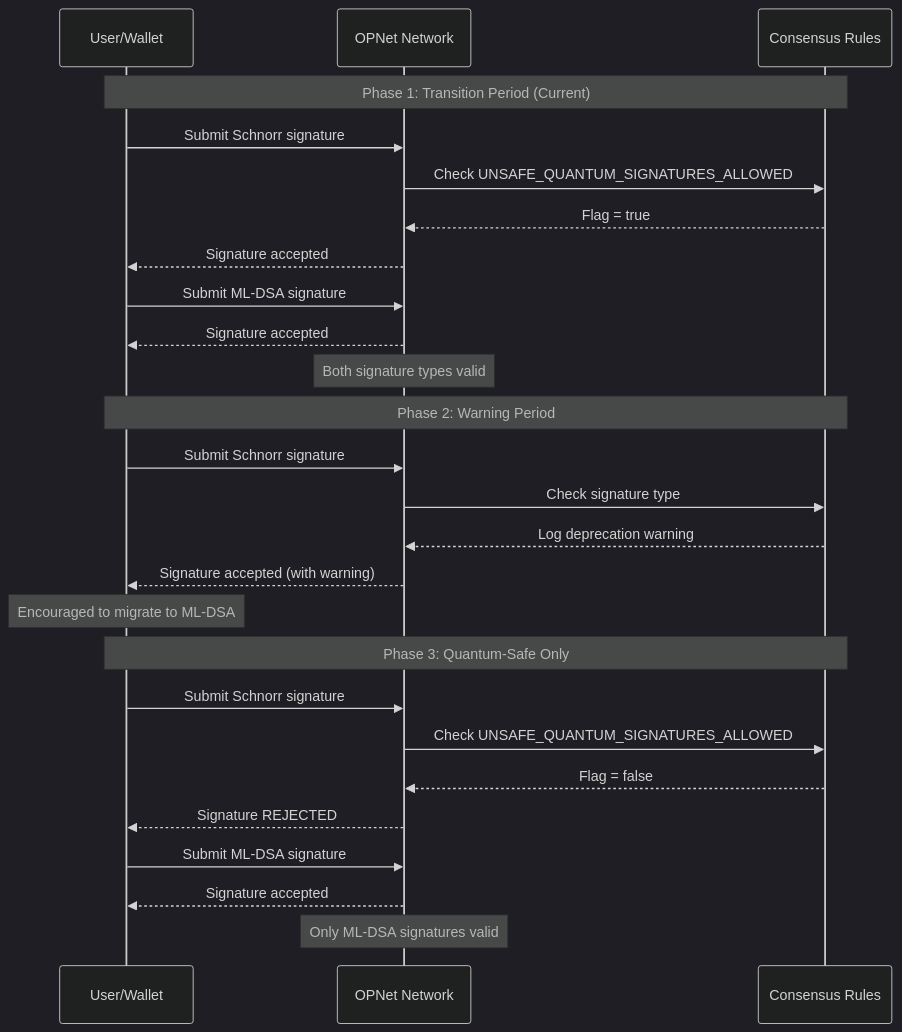
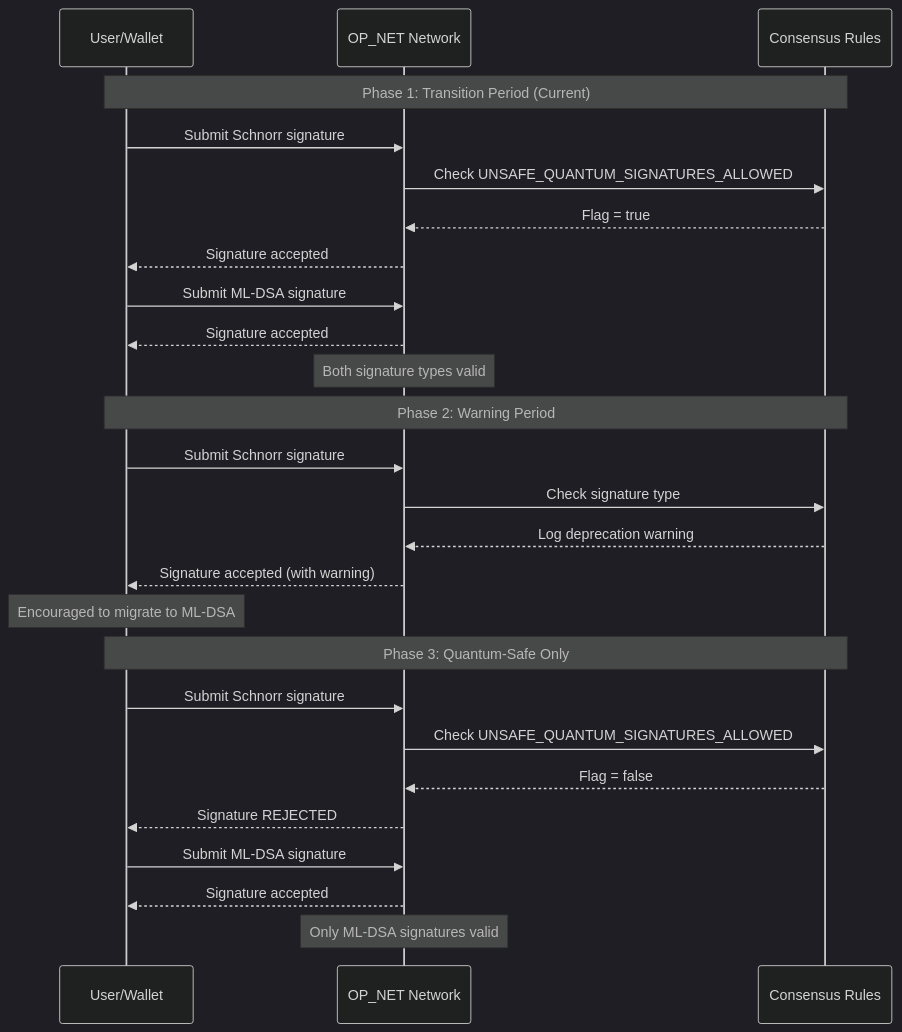
Before and after one commit to btc-vision/btc-runtime: the fourth of 5 diagrams in docs/advanced/quantum-resistance.md, drawn with Mermaid. The commit also changed other lines of this file and 46 other files, not shown here.

Commit message:
Change OPNet to OP_NET

````diff
--- a/docs/advanced/quantum-resistance.md
+++ b/docs/advanced/quantum-resistance.md
@@ -315,35 +315,35 @@
 ```mermaid
 ---
 config:
   theme: dark
 ---
 sequenceDiagram
     participant User as User/Wallet
-    participant Network as OPNet Network
+    participant Network as OP_NET Network
     participant Consensus as Consensus Rules
 
     Note over User,Consensus: Phase 1: Transition Period (Current)
     User->>Network: Submit Schnorr signature
     Network->>Consensus: Check UNSAFE_QUANTUM_SIGNATURES_ALLOWED
     Consensus-->>Network: Flag = true
     Network-->>User: Signature accepted
     User->>Network: Submit ML-DSA signature
     Network-->>User: Signature accepted
     Note over Network: Both signature types valid
 
     Note over User,Consensus: Phase 2: Warning Period
     User->>Network: Submit Schnorr signature
     Network->>Consensus: Check signature type
     Consensus-->>Network: Log deprecation warning
     Network-->>User: Signature accepted (with warning)
     Note over User: Encouraged to migrate to ML-DSA
 
     Note over User,Consensus: Phase 3: Quantum-Safe Only
     User->>Network: Submit Schnorr signature
     Network->>Consensus: Check UNSAFE_QUANTUM_SIGNATURES_ALLOWED
     Consensus-->>Network: Flag = false
     Network-->>User: Signature REJECTED
     User->>Network: Submit ML-DSA signature
     Network-->>User: Signature accepted
     Note over Network: Only ML-DSA signatures valid
 ```
````
